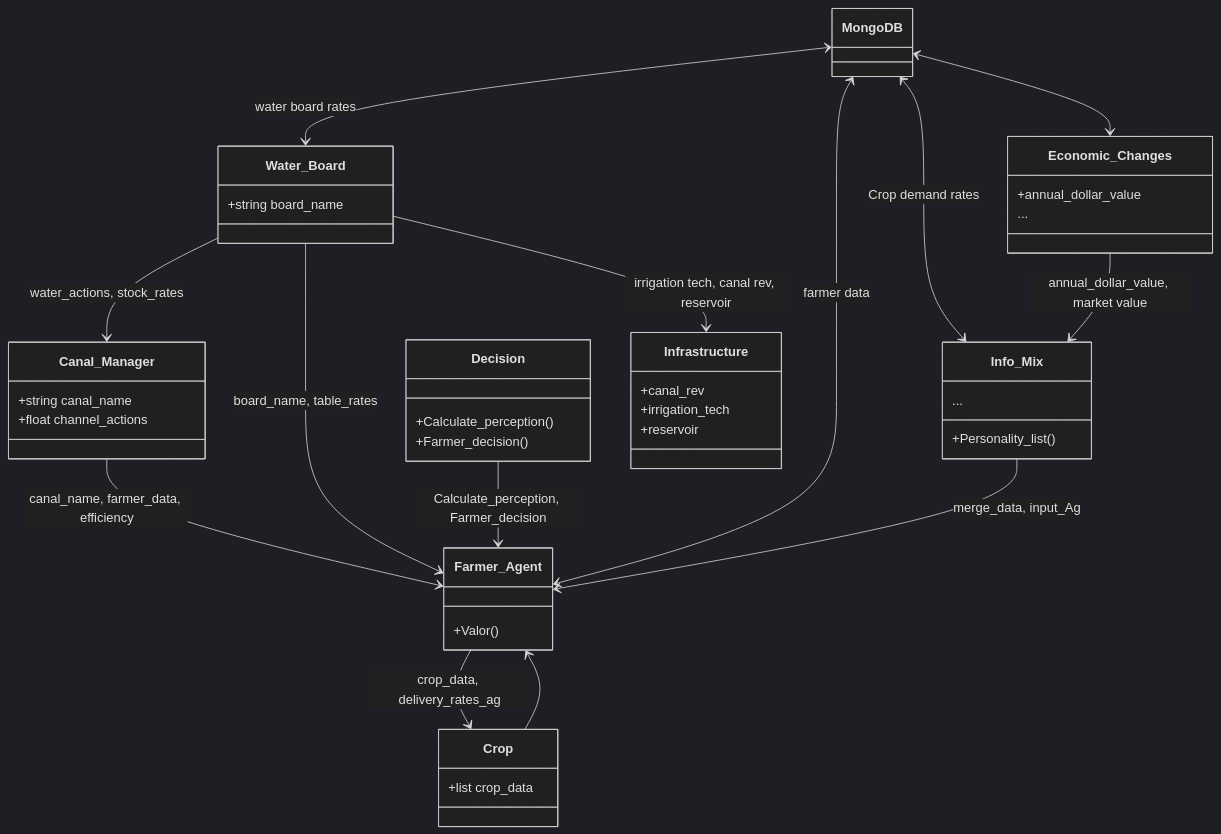
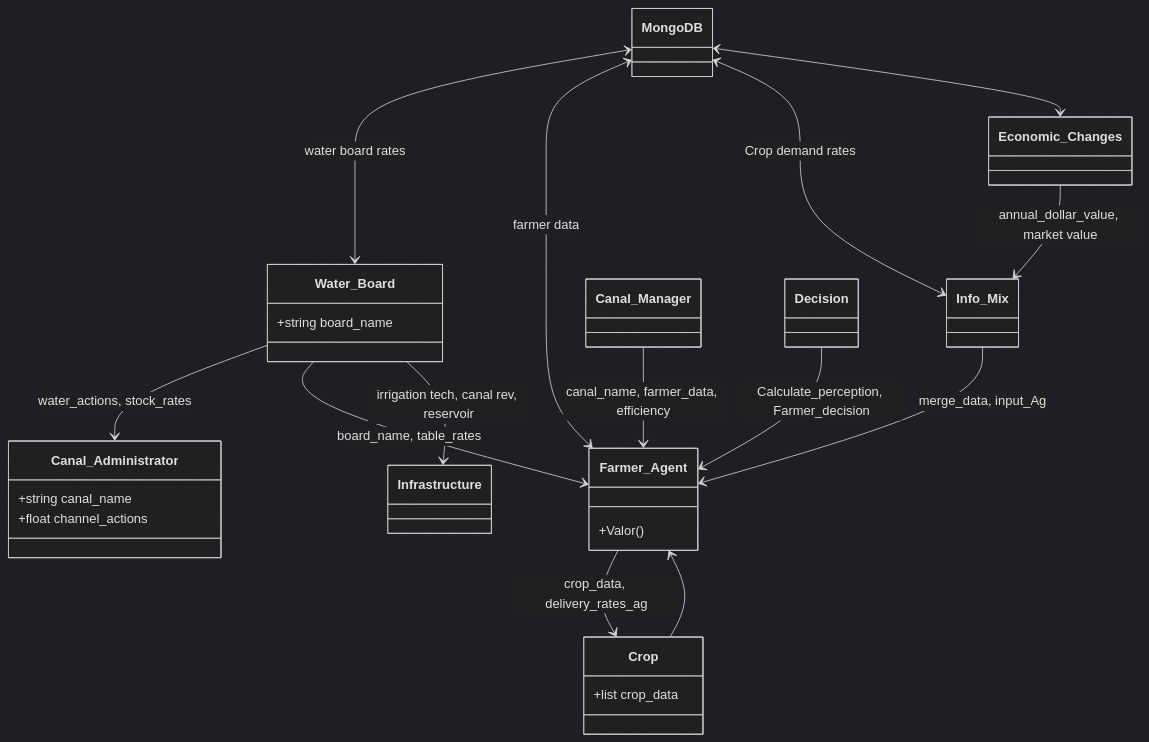
One commit to Pablov81/Agrotopia changed the diagram in README.md. Above: the diagram before and after it, drawn with Mermaid (dark theme).

````diff
--- a/README.md
+++ b/README.md
@@ -46,62 +46,41 @@
 ```mermaid
 classDiagram
     class MongoDB {
     }
 
     class Water_Board {
         +string board_name
     }
 
-    class Infrastructure {
-        +canal_rev
-        +irrigation_tech
-        +reservoir
-    }
-
-    class Canal_Manager {
+    class Canal_Administrator{
         +string canal_name
         +float channel_actions
     }
 
     class Farmer_Agent {
         +Valor()
     }
 
-    class Decision {
-        +Calculate_perception()
-        +Farmer_decision()
-    }
-
     class Crop {
         +list crop_data
-    }
-
-    class Info_Mix {
-        +Personality_list()
-        ...
-    }
-
-    class Economic_Changes {
-        +annual_dollar_value
-        ... 
     }
 
 
 
     MongoDB <--> Water_Board: water board rates
     MongoDB <--> Farmer_Agent: farmer data
     MongoDB <--> Info_Mix: Crop demand rates
     MongoDB <--> Economic_Changes
-    Water_Board --> Canal_Manager: water_actions, stock_rates
+    Water_Board --> Canal_Administrator: water_actions, stock_rates
     Water_Board --> Farmer_Agent: board_name, table_rates
     Water_Board --> Infrastructure: irrigation tech, canal rev, reservoir
     Canal_Manager --> Farmer_Agent: canal_name, farmer_data, efficiency
     Info_Mix --> Farmer_Agent: merge_data, input_Ag
     Farmer_Agent --> Crop: crop_data, delivery_rates_ag
     Crop --> Farmer_Agent
     Economic_Changes --> Info_Mix: annual_dollar_value, market value
     Decision --> Farmer_Agent: Calculate_perception, Farmer_decision
 
 
 
 ```
````
